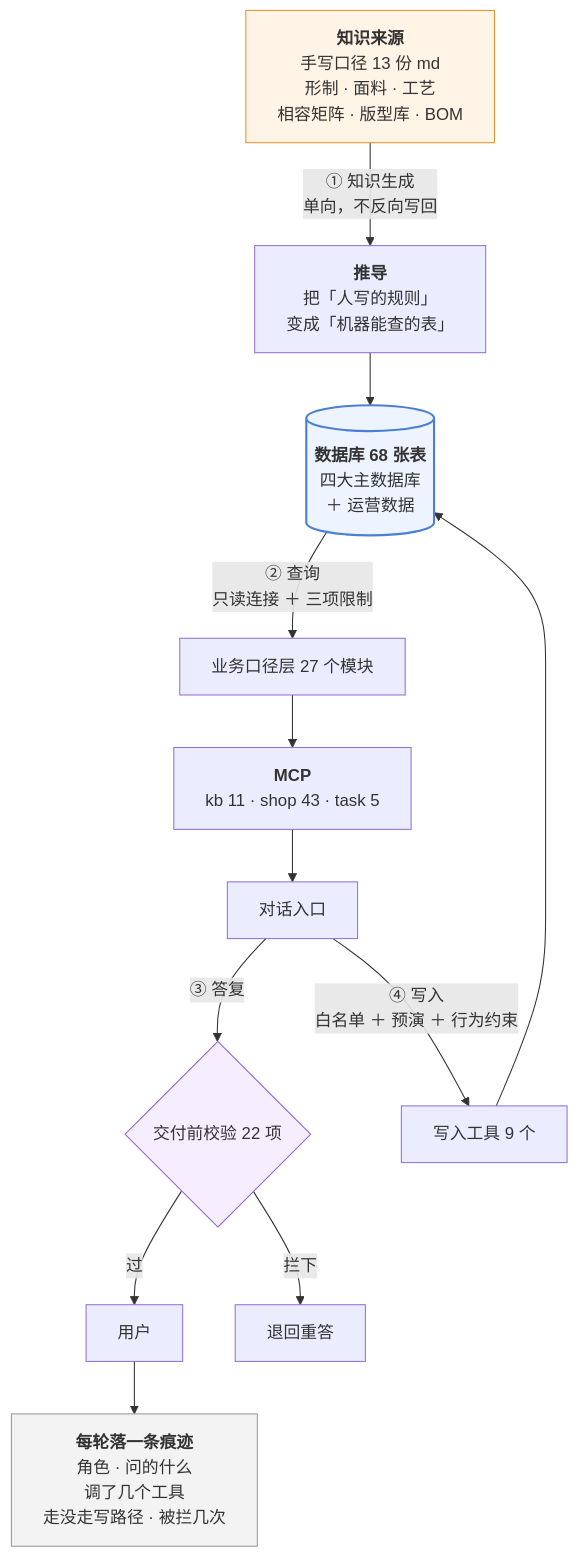
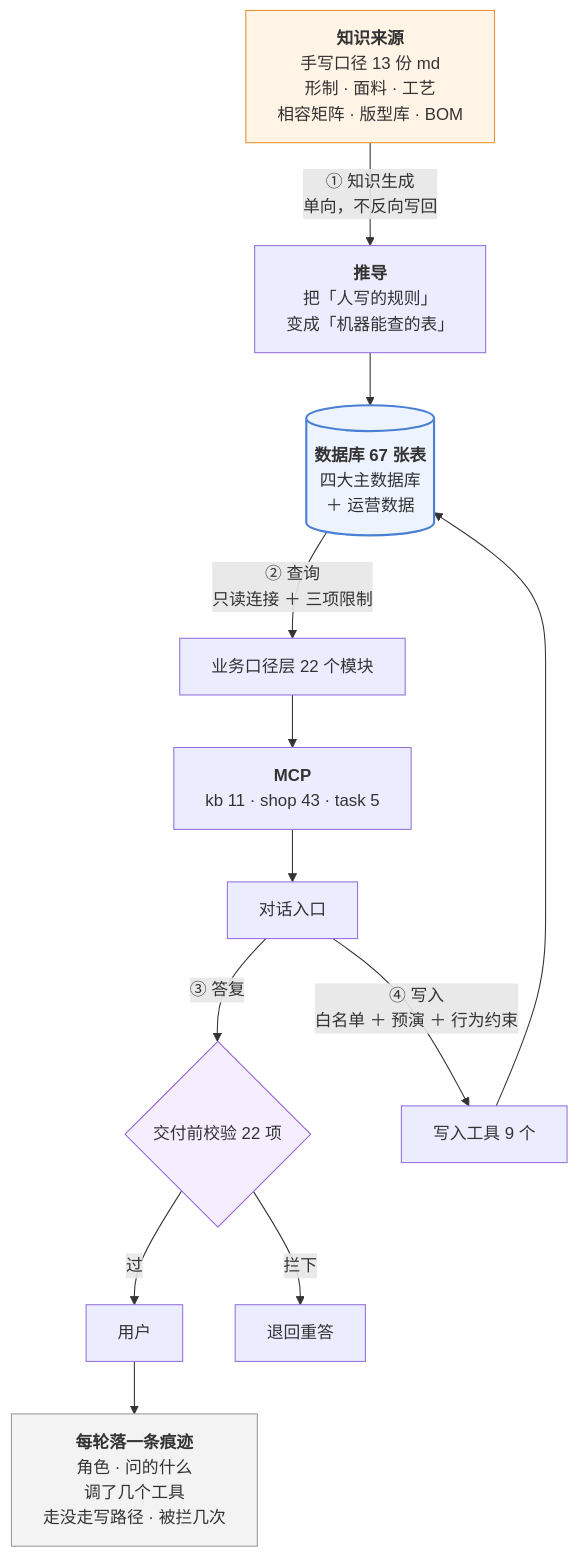
Before and after one commit to 843773296-rgb/lanxiu-yunshang-agent: the third of 4 diagrams in 澜绣云裳agent-产品需求文档.md, drawn with Mermaid. The commit also changed other lines of this file and 5 other files, not shown here.

````diff
--- a/澜绣云裳agent-产品需求文档.md
+++ b/澜绣云裳agent-产品需求文档.md
@@ -375,24 +375,24 @@
 ```mermaid
 flowchart TD
     MD["<b>知识来源</b><br/>手写口径 13 份 md<br/>形制 · 面料 · 工艺<br/>相容矩阵 · 版型库 · BOM"]
     MD -->|"① 知识生成<br/>单向，不反向写回"| DV["<b>推导</b><br/>把「人写的规则」<br/>变成「机器能查的表」"]
-    DV --> DB[("<b>数据库 68 张表</b><br/>四大主数据库<br/>＋ 运营数据")]
+    DV --> DB[("<b>数据库 67 张表</b><br/>四大主数据库<br/>＋ 运营数据")]
 
-    DB -->|"② 查询<br/>只读连接 ＋ 三项限制"| KJ["业务口径层 27 个模块"]
+    DB -->|"② 查询<br/>只读连接 ＋ 三项限制"| KJ["业务口径层 22 个模块"]
     KJ --> MCP["<b>MCP</b><br/>kb 11 · shop 43 · task 5"]
     MCP --> LLM["对话入口"]
 
     LLM -->|"③ 答复"| GD{"交付前校验 22 项"}
     GD -- 过 --> U["用户"]
     GD -- 拦下 --> RE["退回重答"]
 
     LLM -->|"④ 写入<br/>白名单 ＋ 预演 ＋ 行为约束"| W["写入工具 9 个"]
     W --> DB
 
     U --> TR["<b>每轮落一条痕迹</b><br/>角色 · 问的什么<br/>调了几个工具<br/>走没走写路径 · 被拦几次"]
 
     style MD fill:#fff4e6,stroke:#e8912d
     style DB fill:#eef4ff,stroke:#4a7fd4,stroke-width:2px
     style GD fill:#f6eeff,stroke:#8b5cd6
     style TR fill:#f3f3f3,stroke:#999
 ```
````
